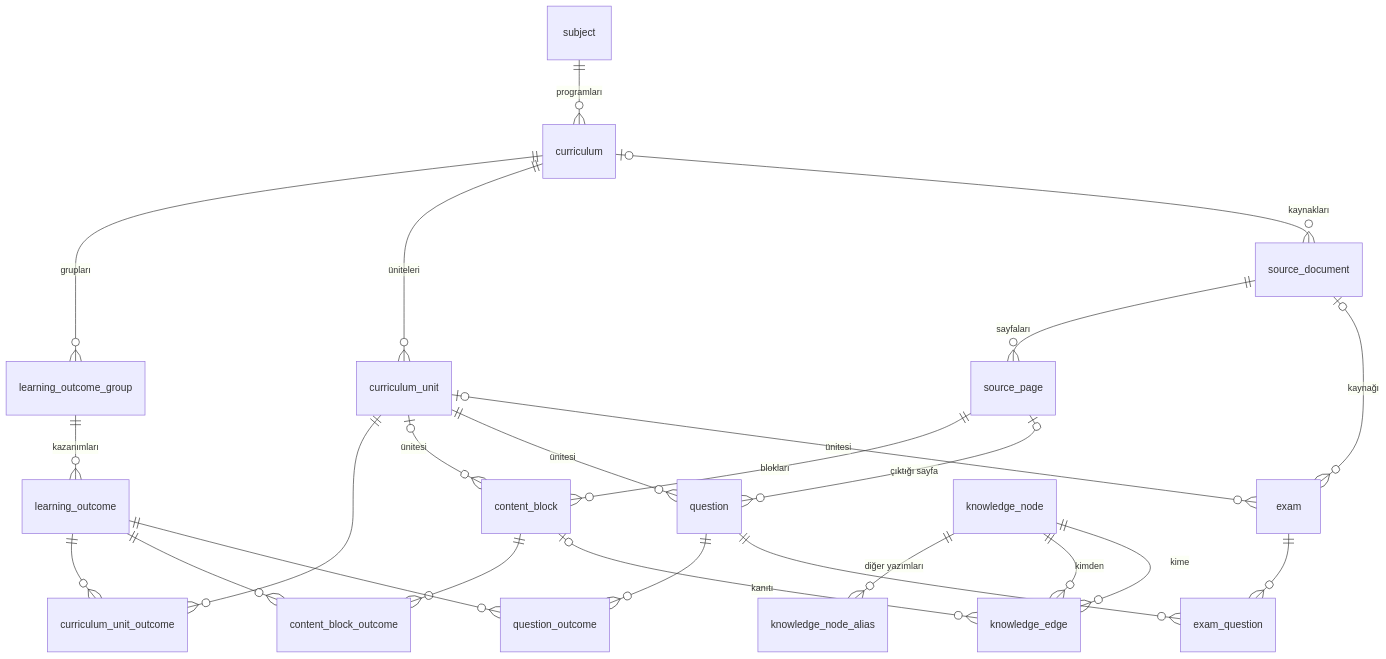
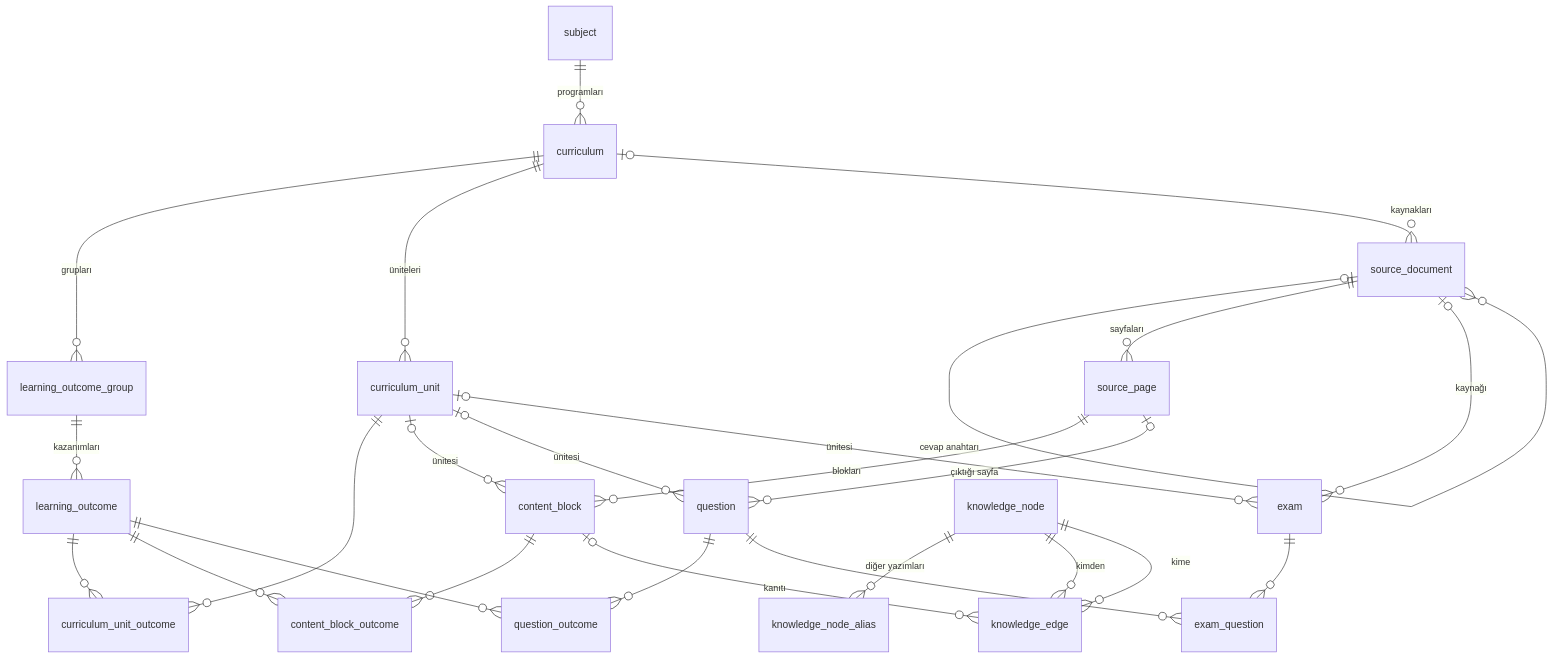
One commit to Boran-Sert/bilig changed the first of 3 diagrams in docs/veritabani.md. Above: the diagram before and after it, drawn with Mermaid. The commit also changed other lines of this file and 41 other files, not shown here.

````diff
--- a/docs/veritabani.md
+++ b/docs/veritabani.md
@@ -21,31 +21,32 @@
 ```mermaid
 erDiagram
     subject ||--o{ curriculum : "programları"
     curriculum ||--o{ learning_outcome_group : "grupları"
     learning_outcome_group ||--o{ learning_outcome : "kazanımları"
     curriculum ||--o{ curriculum_unit : "üniteleri"
     curriculum_unit ||--o{ curriculum_unit_outcome : ""
     learning_outcome ||--o{ curriculum_unit_outcome : ""
 
     curriculum |o--o{ source_document : "kaynakları"
+    source_document |o--o{ source_document : "cevap anahtarı"
     source_document ||--o{ source_page : "sayfaları"
     source_page ||--o{ content_block : "blokları"
     curriculum_unit |o--o{ content_block : "ünitesi"
     content_block ||--o{ content_block_outcome : ""
     learning_outcome ||--o{ content_block_outcome : ""
 
     source_page |o--o{ question : "çıktığı sayfa"
-    curriculum_unit ||--o{ question : "ünitesi"
+    curriculum_unit |o--o{ question : "ünitesi"
     question ||--o{ question_outcome : ""
     learning_outcome ||--o{ question_outcome : ""
 
     curriculum_unit |o--o{ exam : "ünitesi"
     source_document |o--o{ exam : "kaynağı"
     exam ||--o{ exam_question : ""
     question ||--o{ exam_question : ""
 
     knowledge_node ||--o{ knowledge_node_alias : "diğer yazımları"
     knowledge_node ||--o{ knowledge_edge : "kimden"
     knowledge_node ||--o{ knowledge_edge : "kime"
     content_block |o--o{ knowledge_edge : "kanıtı"
 ```
````
